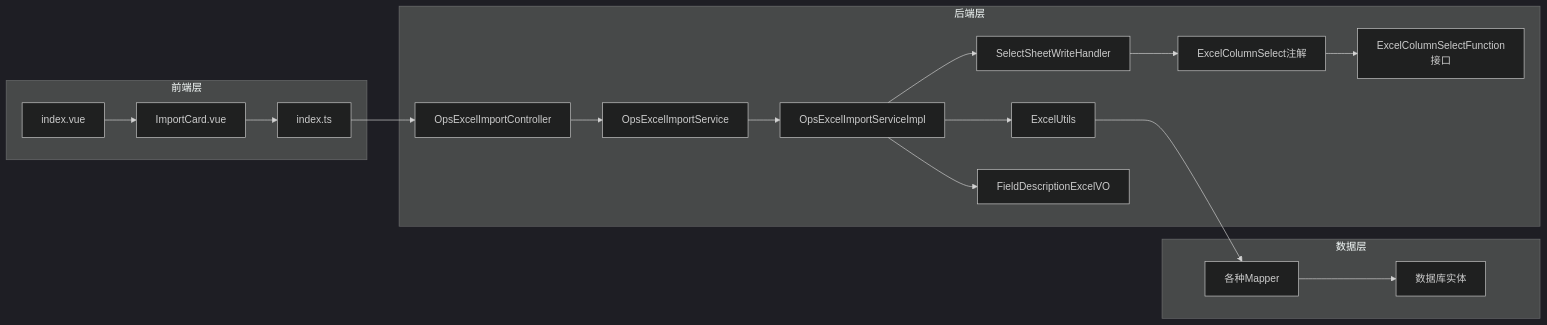
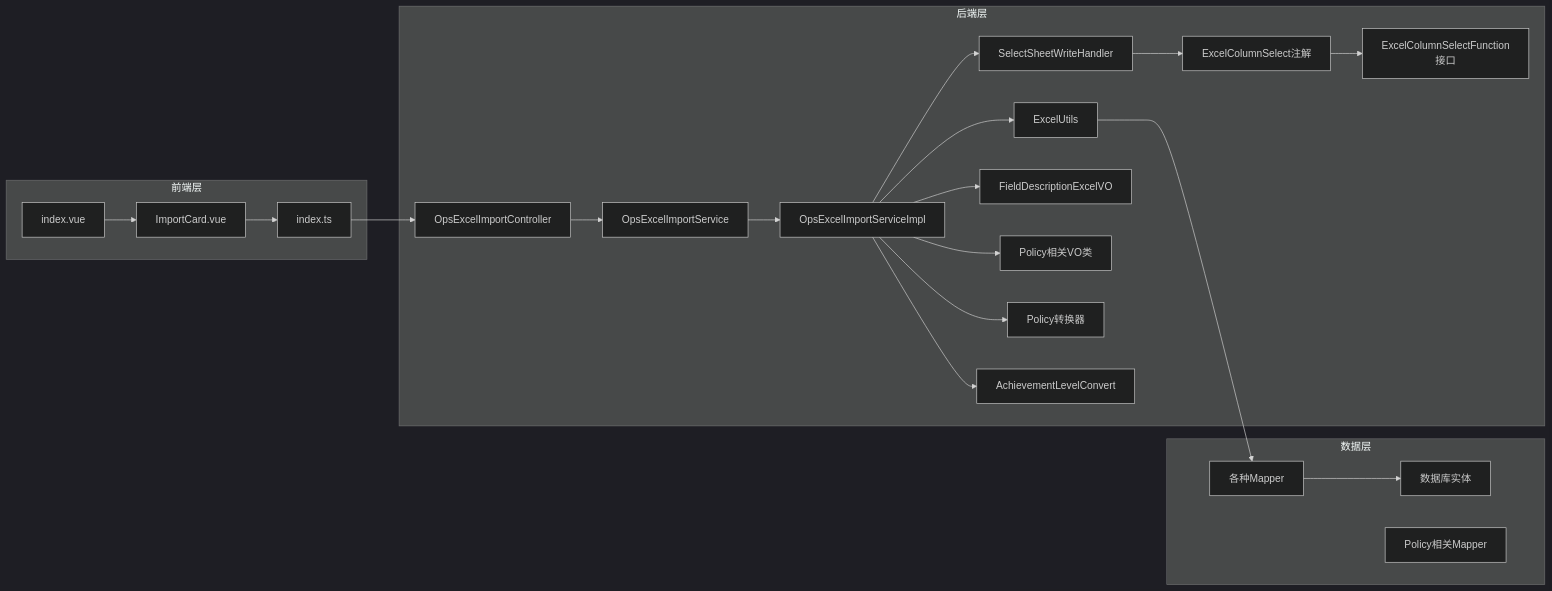
Before and after one commit to xiaoche80s-tech/rouyi-vue-pro: the ninth of 10 diagrams in .qoder/repowiki/zh/content/核心模块/Excel批量导入功能.md, drawn with Mermaid (dark theme). The commit also changed other lines of this file and 900 other files, not shown here.

````diff
--- a/.qoder/repowiki/zh/content/核心模块/Excel批量导入功能.md
+++ b/.qoder/repowiki/zh/content/核心模块/Excel批量导入功能.md
@@ -485,34 +599,41 @@
 ```mermaid
 graph LR
 subgraph "前端层"
 A[index.vue]
 B[index.ts]
 C[ImportCard.vue]
 end
 subgraph "后端层"
 D[OpsExcelImportController]
 E[OpsExcelImportService]
 F[OpsExcelImportServiceImpl]
 G[ExcelUtils]
 H[SelectSheetWriteHandler]
 I[ExcelColumnSelect注解]
 J[ExcelColumnSelectFunction接口]
 K[FieldDescriptionExcelVO]
+L[Policy相关VO类]
+M[Policy转换器]
+N[AchievementLevelConvert]
 end
 subgraph "数据层"
-L[各种Mapper]
-M[数据库实体]
+O[各种Mapper]
+P[数据库实体]
+Q[Policy相关Mapper]
 end
 A --> C
 C --> B
 B --> D
 D --> E
 E --> F
 F --> G
 F --> H
 H --> I
 I --> J
 F --> K
-G --> L
-L --> M
+G --> O
+O --> P
+F --> L
+F --> M
+F --> N
 ```
````
